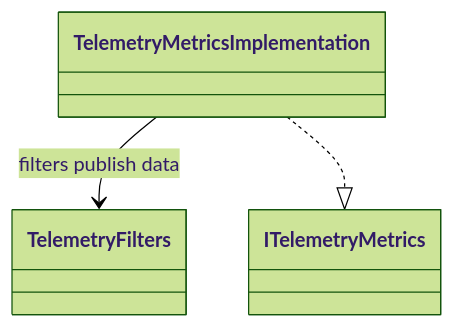
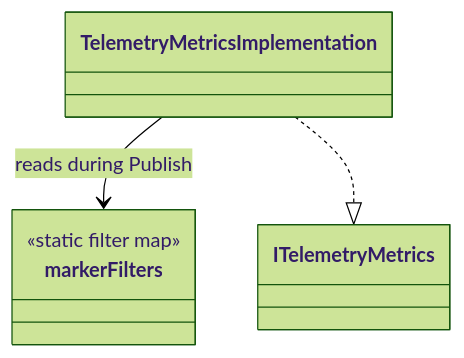
The fourth of 5 diagrams in TelemetryMetrics/TelemetryMetrics.md (rdkcentral/entservices-appmanagers), drawn with Mermaid (forest theme) before and after one commit.

Commit message:
Potential fix for pull request finding 'TelemetryFilters is incorrectly modeled as a class'

````diff
--- a/TelemetryMetrics/TelemetryMetrics.md
+++ b/TelemetryMetrics/TelemetryMetrics.md
@@ -157,7 +157,9 @@
 ```mermaid
 classDiagram
     class TelemetryMetricsImplementation
-    class TelemetryFilters
-    TelemetryMetricsImplementation --> TelemetryFilters : filters publish data
+    class markerFilters {
+        <<static filter map>>
+    }
+    TelemetryMetricsImplementation --> markerFilters : reads during Publish
     TelemetryMetricsImplementation ..|> ITelemetryMetrics
 ```
````
